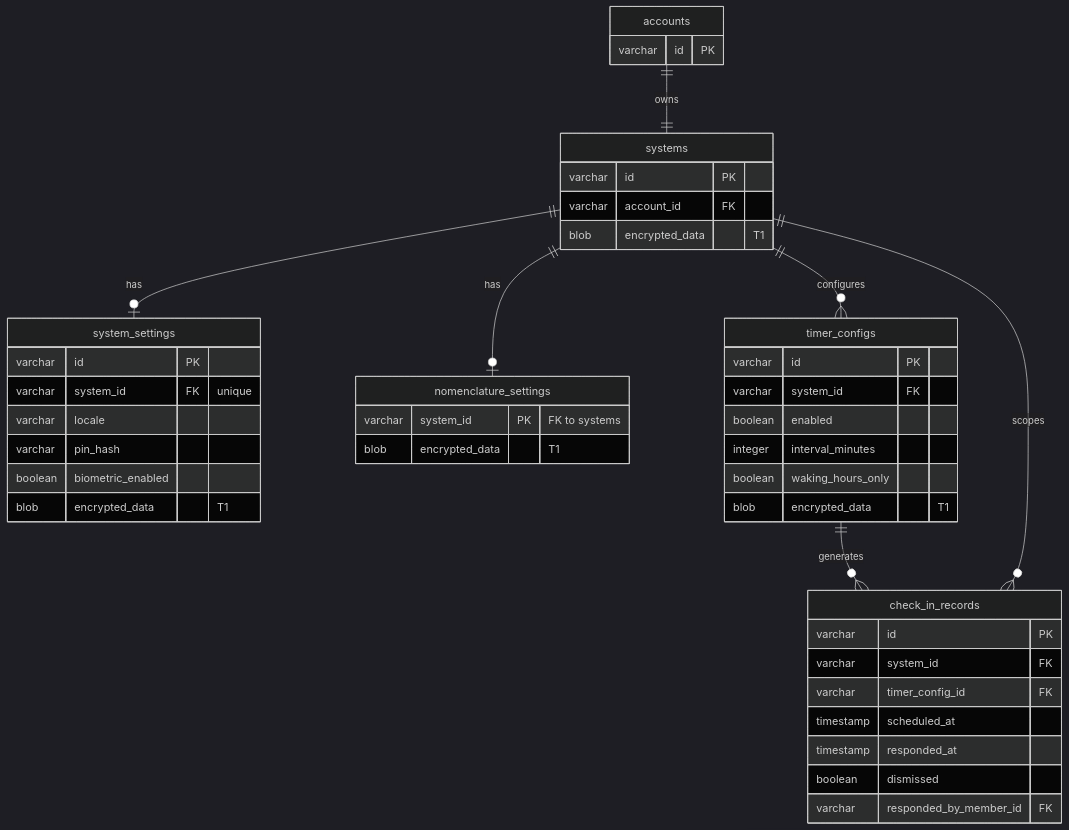
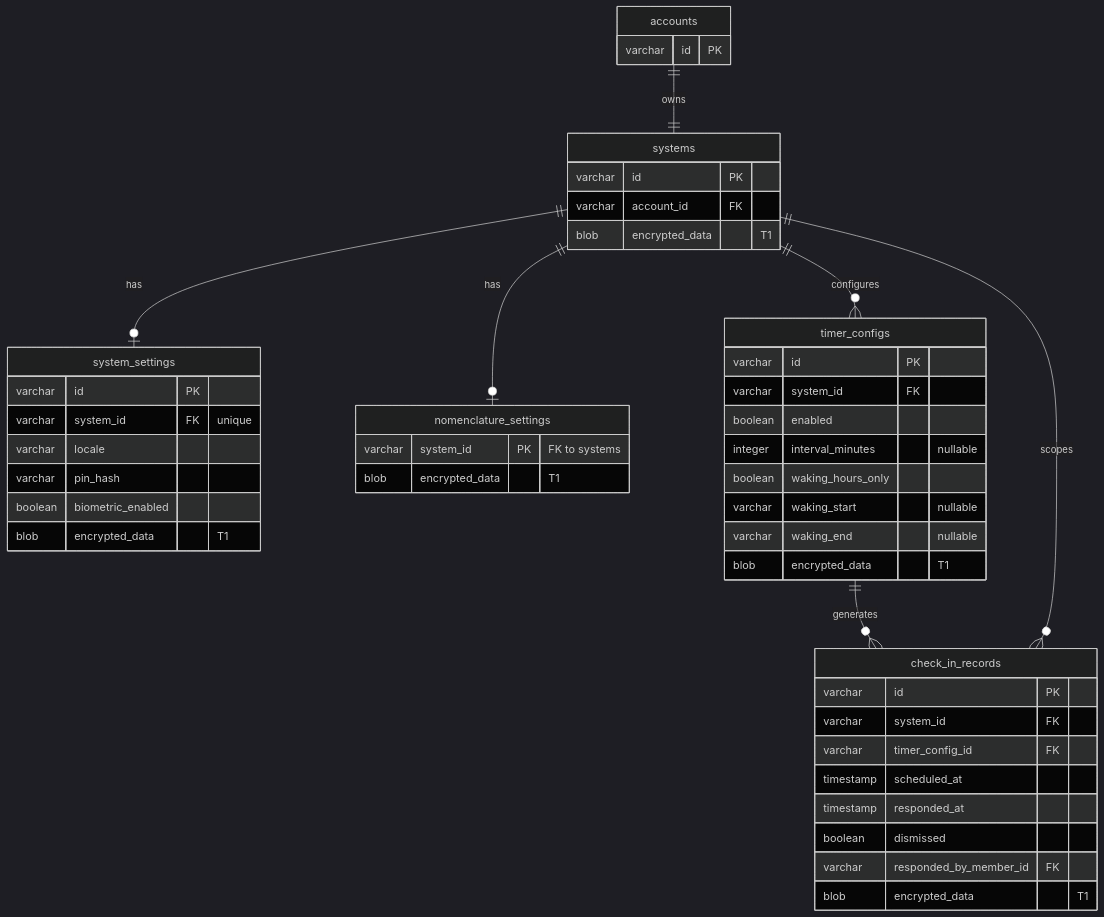
The second of 20 diagrams in docs/database-schema.md (ThePrismSystem/pluralscape-mono), drawn with Mermaid (dark theme) before and after one commit. The commit also changed other lines of this file, not shown here.

Commit message:
docs(db): correct ER diagrams against actual PG schema

````diff
--- a/docs/database-schema.md
+++ b/docs/database-schema.md
@@ -80,52 +80,55 @@
 ```mermaid
 erDiagram
     accounts {
         varchar id PK
     }
 
     systems {
         varchar id PK
         varchar account_id FK
         blob encrypted_data "T1"
     }
 
     system_settings {
         varchar id PK
         varchar system_id FK "unique"
         varchar locale
         varchar pin_hash
         boolean biometric_enabled
         blob encrypted_data "T1"
     }
 
     nomenclature_settings {
         varchar system_id PK "FK to systems"
         blob encrypted_data "T1"
     }
 
     timer_configs {
         varchar id PK
         varchar system_id FK
         boolean enabled
-        integer interval_minutes
+        integer interval_minutes "nullable"
         boolean waking_hours_only
+        varchar waking_start "nullable"
+        varchar waking_end "nullable"
         blob encrypted_data "T1"
     }
 
     check_in_records {
         varchar id PK
         varchar system_id FK
         varchar timer_config_id FK
         timestamp scheduled_at
         timestamp responded_at
         boolean dismissed
         varchar responded_by_member_id FK
+        blob encrypted_data "T1"
     }
 
     accounts ||--|| systems : "owns"
     systems ||--o| system_settings : "has"
     systems ||--o| nomenclature_settings : "has"
     systems ||--o{ timer_configs : "configures"
     timer_configs ||--o{ check_in_records : "generates"
     systems ||--o{ check_in_records : "scopes"
 ```
````
